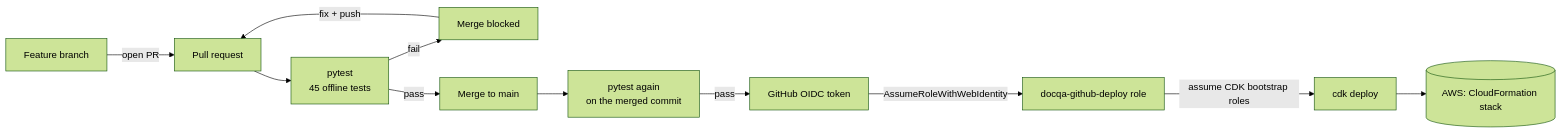
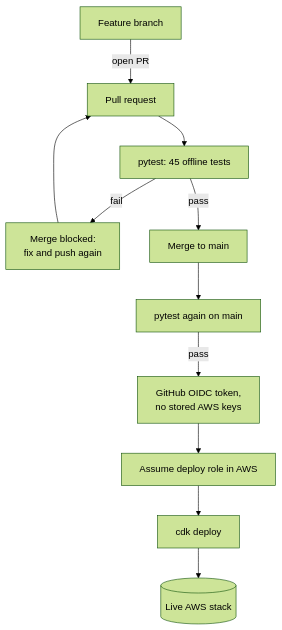
One commit to Shikha14DoD/AWS-DOC-QA changed the fourth of 4 diagrams in README.md. Above: the diagram before and after it, drawn with Mermaid (forest theme). The commit also changed other lines of this file, not shown here.

Commit message:
readme: split architecture into 3 top-down diagrams so they fit the page

````diff
--- a/README.md
+++ b/README.md
@@ -250,13 +257,13 @@
 ```mermaid
-flowchart LR
+flowchart TD
     DEV[Feature branch] -->|open PR| PR[Pull request]
-    PR --> T1[pytest\n45 offline tests]
-    T1 -->|fail| BLOCK[Merge blocked]
-    BLOCK -->|fix + push| PR
+    PR --> T1[pytest: 45 offline tests]
+    T1 -->|fail| BLOCK[Merge blocked:<br/>fix and push again]
+    BLOCK --> PR
     T1 -->|pass| MERGE[Merge to main]
-    MERGE --> T2[pytest again\non the merged commit]
-    T2 -->|pass| OIDC[GitHub OIDC token]
-    OIDC -->|AssumeRoleWithWebIdentity| ROLE[docqa-github-deploy role]
-    ROLE -->|assume CDK bootstrap roles| CDK[cdk deploy]
-    CDK --> AWS[(AWS: CloudFormation stack)]
+    MERGE --> T2[pytest again on main]
+    T2 -->|pass| OIDC[GitHub OIDC token,<br/>no stored AWS keys]
+    OIDC --> ROLE[Assume deploy role in AWS]
+    ROLE --> CDK[cdk deploy]
+    CDK --> AWS[(Live AWS stack)]
 ```
````
